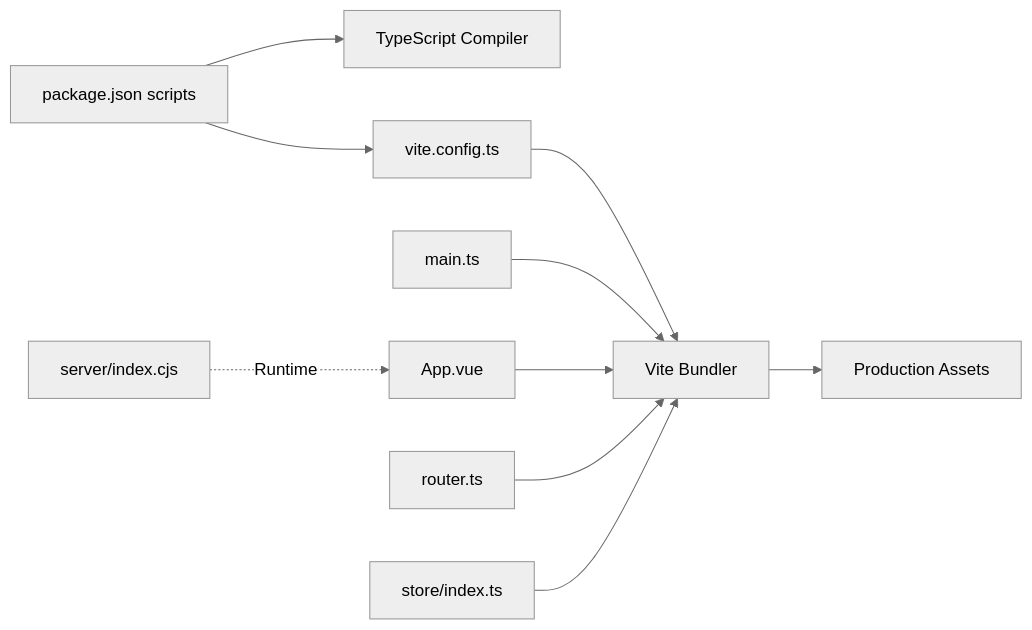
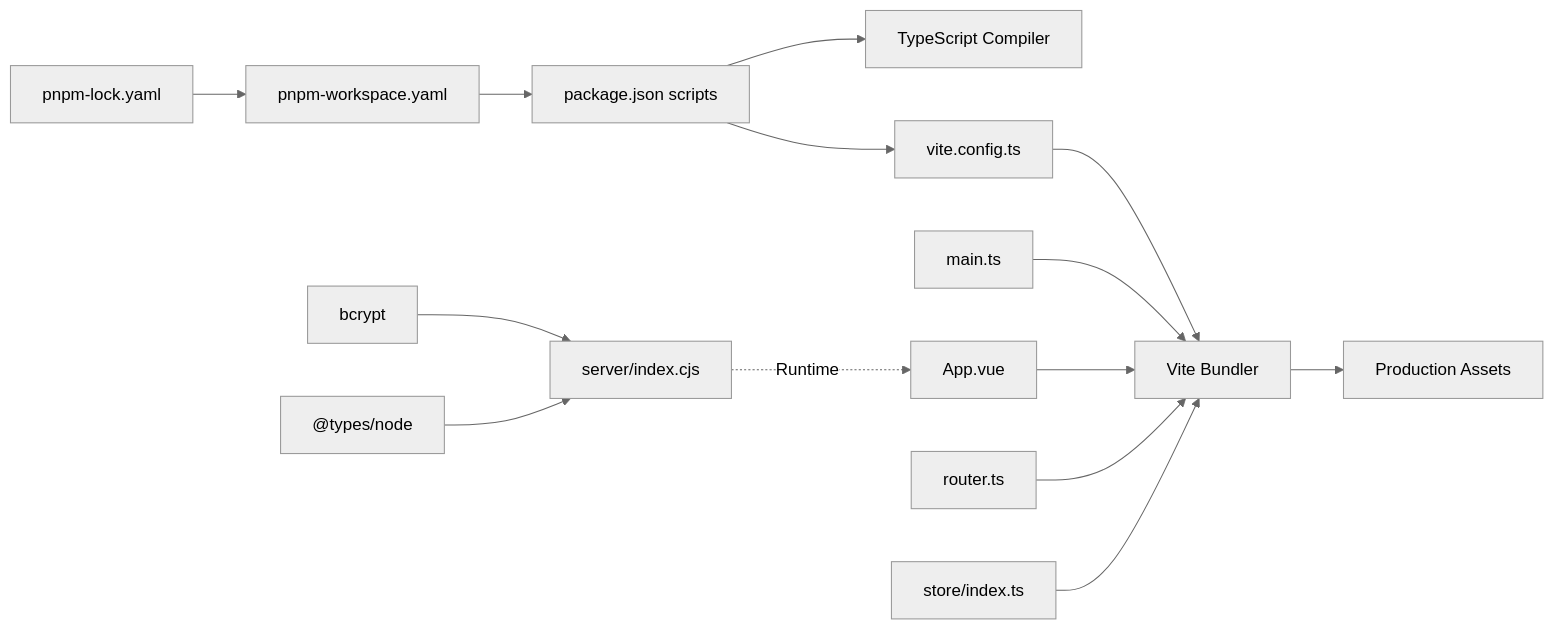
One commit to xinyo/startora changed the third of 3 diagrams in .qoder/repowiki/en/content/Development Workflow/Build System Configuration.md. Above: the diagram before and after it, drawn with Mermaid (neutral theme). The commit also changed other lines of this file and 19 other files, not shown here.

````diff
--- a/.qoder/repowiki/en/content/Development Workflow/Build System Configuration.md
+++ b/.qoder/repowiki/en/content/Development Workflow/Build System Configuration.md
@@ -215,12 +267,16 @@
 ```mermaid
 graph LR
 PJSON["package.json scripts"] --> TSC["TypeScript Compiler"]
 PJSON --> VCFG["vite.config.ts"]
 VCFG --> VITE["Vite Bundler"]
 VITE --> OUT["Production Assets"]
 MAIN["main.ts"] --> VITE
 APP["App.vue"] --> VITE
 ROUTER["router.ts"] --> VITE
 STORE["store/index.ts"] --> VITE
 SRV["server/index.cjs"] -. "Runtime" .-> APP
+BCRYPT["bcrypt"] --> SRV
+TYPESNODE["@types/node"] --> SRV
+PNPMWS["pnpm-workspace.yaml"] --> PJSON
+PNPML["pnpm-lock.yaml"] --> PNPMWS
 ```
````
